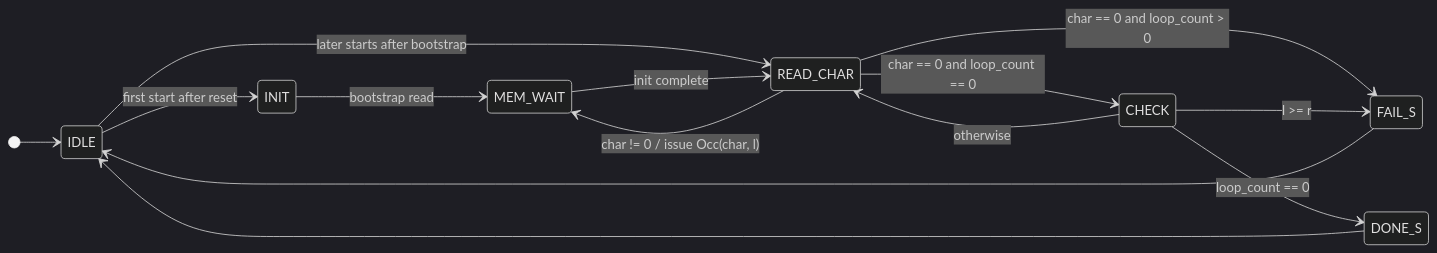
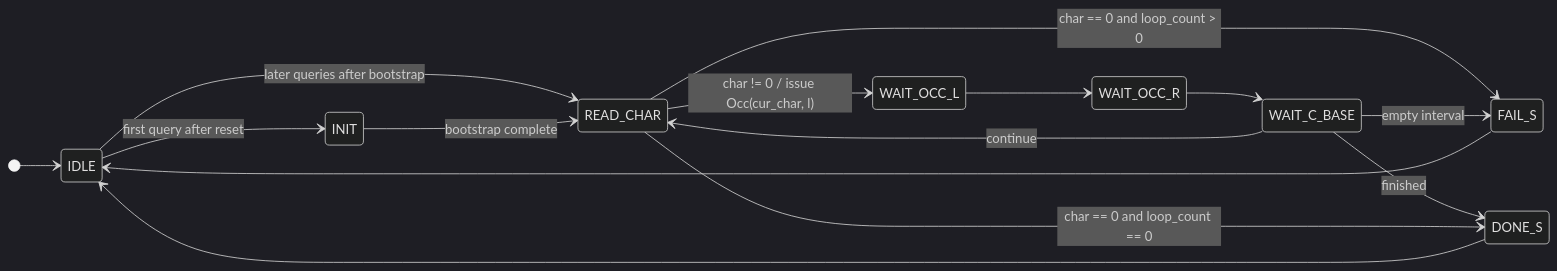
One commit to UAlberta-ECE-492-W2026/sands changed the first of 2 diagrams in docs/FM_Index.md. Above: the diagram before and after it, drawn with Mermaid (dark theme). The commit also changed other lines of this file and 5 other files, not shown here.

````diff
--- a/docs/FM_Index.md
+++ b/docs/FM_Index.md
@@ -44,21 +44,22 @@
 ```mermaid
 stateDiagram-v2
     direction LR
 
     [*] --> IDLE
 
-    IDLE --> INIT: first start after reset
-    IDLE --> READ_CHAR: later starts after bootstrap
-    INIT --> MEM_WAIT: bootstrap read
-    MEM_WAIT --> READ_CHAR: init complete
-    READ_CHAR --> CHECK: char == 0 and loop_count == 0
+    IDLE --> INIT: first query after reset
+    IDLE --> READ_CHAR: later queries after bootstrap
+    INIT --> READ_CHAR: bootstrap complete
     READ_CHAR --> FAIL_S: char == 0 and loop_count > 0
-    READ_CHAR --> MEM_WAIT: char != 0 / issue Occ(char, l)
+    READ_CHAR --> WAIT_OCC_L: char != 0 / issue Occ(cur_char, l)
 
-    CHECK --> FAIL_S: l >= r
-    CHECK --> DONE_S: loop_count == 0
-    CHECK --> READ_CHAR: otherwise
+    WAIT_OCC_L --> WAIT_OCC_R
+    WAIT_OCC_R --> WAIT_C_BASE
+    WAIT_C_BASE --> READ_CHAR: continue
+    WAIT_C_BASE --> DONE_S: finished
+    WAIT_C_BASE --> FAIL_S: empty interval
+    READ_CHAR --> DONE_S: char == 0 and loop_count == 0
 
     DONE_S --> IDLE
     FAIL_S --> IDLE
 ```
````
